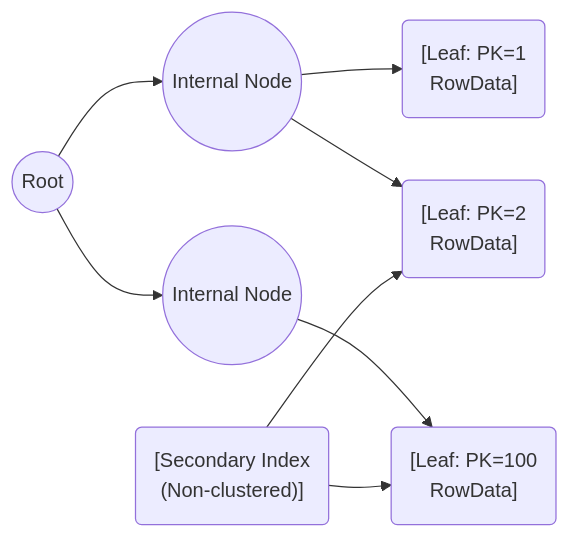
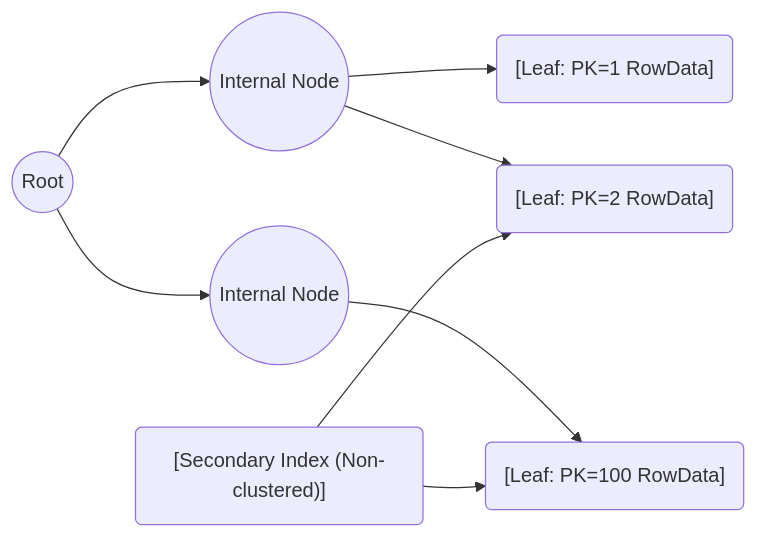
Before and after one commit to imdeepmind/imdeepmind.github.io: the diagram in docs/databases/database-systems/index-organized-storage.md, drawn with Mermaid. The commit also changed other lines of this file and 5 other files, not shown here.

````diff
--- a/docs/databases/database-systems/index-organized-storage.md
+++ b/docs/databases/database-systems/index-organized-storage.md
@@ -11,19 +17,18 @@
 ```mermaid
 flowchart LR
   root((Root))
   internal1((Internal Node))
   internal2((Internal Node))
-  leafA("[Leaf: PK=1\nRowData]")
-  leafB("[Leaf: PK=2\nRowData]")
-  leafC("[Leaf: PK=100\nRowData]")
-  secIdx("[Secondary Index\n(Non-clustered)]")
+  leafA("[Leaf: PK=1 RowData]")
+  leafB("[Leaf: PK=2 RowData]")
+  leafC("[Leaf: PK=100 RowData]")
+  secIdx("[Secondary Index (Non-clustered)]")
 
   root --> internal1
   root --> internal2
   internal1 --> leafA
   internal1 --> leafB
   internal2 --> leafC
   secIdx --> leafB
   secIdx --> leafC
-
 ```
````
